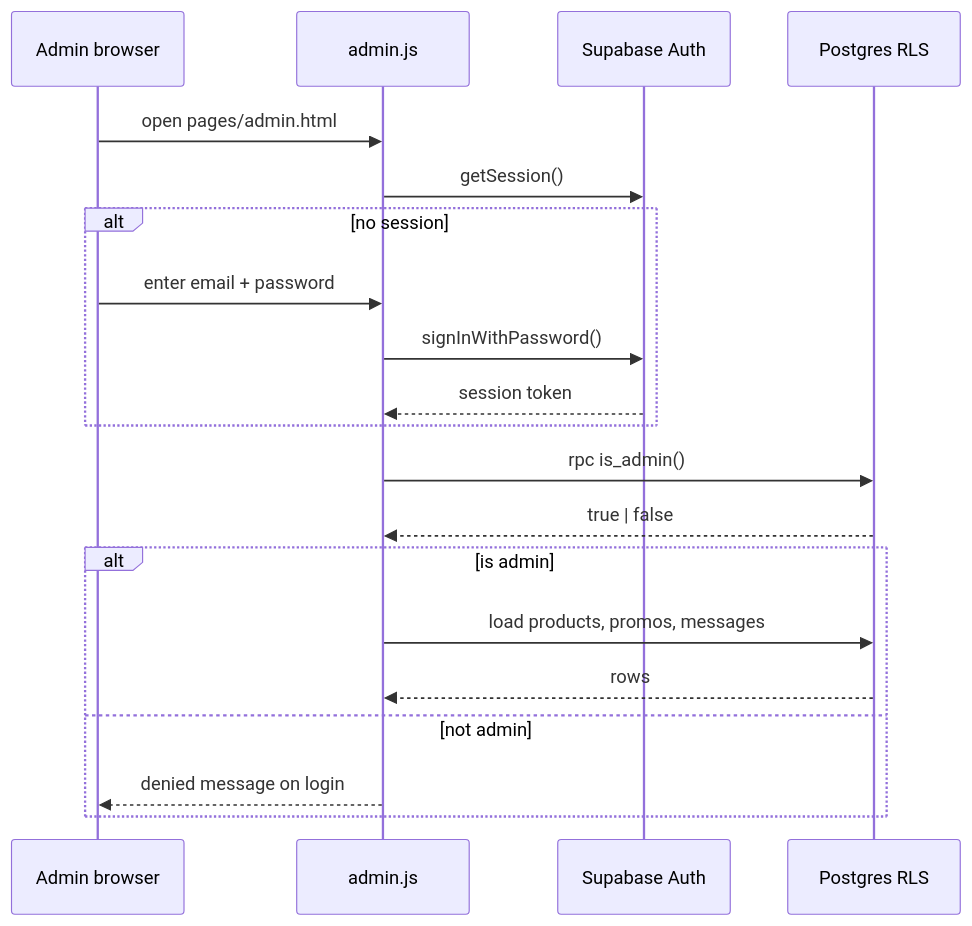
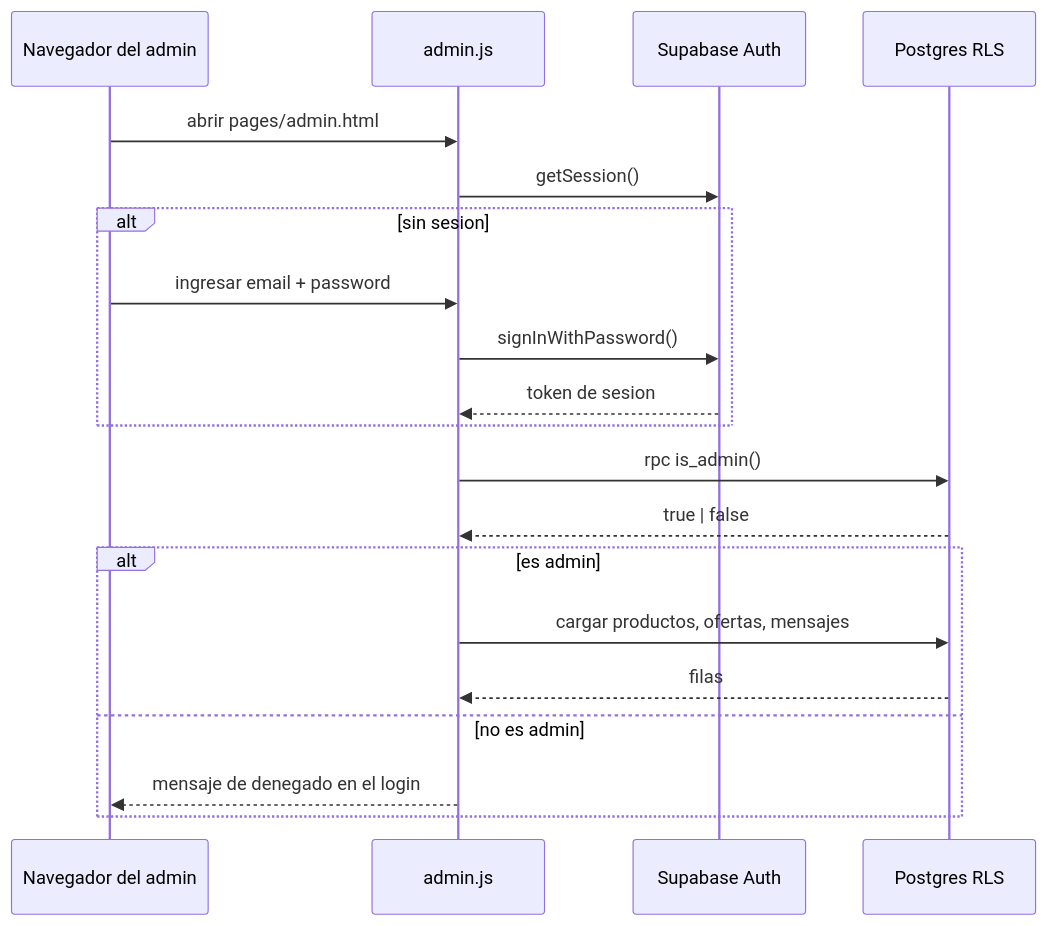
Before and after one commit to lacp130688-cpu/lasolutions-website: the sixth of 7 diagrams in docs/diagrams.md, drawn with Mermaid. The commit also changed other lines of this file, not shown here.

First line of the commit message:
docs: diagramas de arquitectura en espanol

````diff
--- a/docs/diagrams.md
+++ b/docs/diagrams.md
@@ -183,22 +183,22 @@
 ```mermaid
 sequenceDiagram
-  participant Admin as Admin browser
+  participant Admin as Navegador del admin
   participant P as admin.js
   participant Auth as Supabase Auth
   participant DB as Postgres RLS
-  Admin->>P: open pages/admin.html
+  Admin->>P: abrir pages/admin.html
   P->>Auth: getSession()
-  alt no session
-    Admin->>P: enter email + password
+  alt sin sesion
+    Admin->>P: ingresar email + password
     P->>Auth: signInWithPassword()
-    Auth-->>P: session token
+    Auth-->>P: token de sesion
   end
   P->>DB: rpc is_admin()
   DB-->>P: true | false
-  alt is admin
-    P->>DB: load products, promos, messages
-    DB-->>P: rows
-  else not admin
-    P-->>Admin: denied message on login
+  alt es admin
+    P->>DB: cargar productos, ofertas, mensajes
+    DB-->>P: filas
+  else no es admin
+    P-->>Admin: mensaje de denegado en el login
   end
 ```
````
